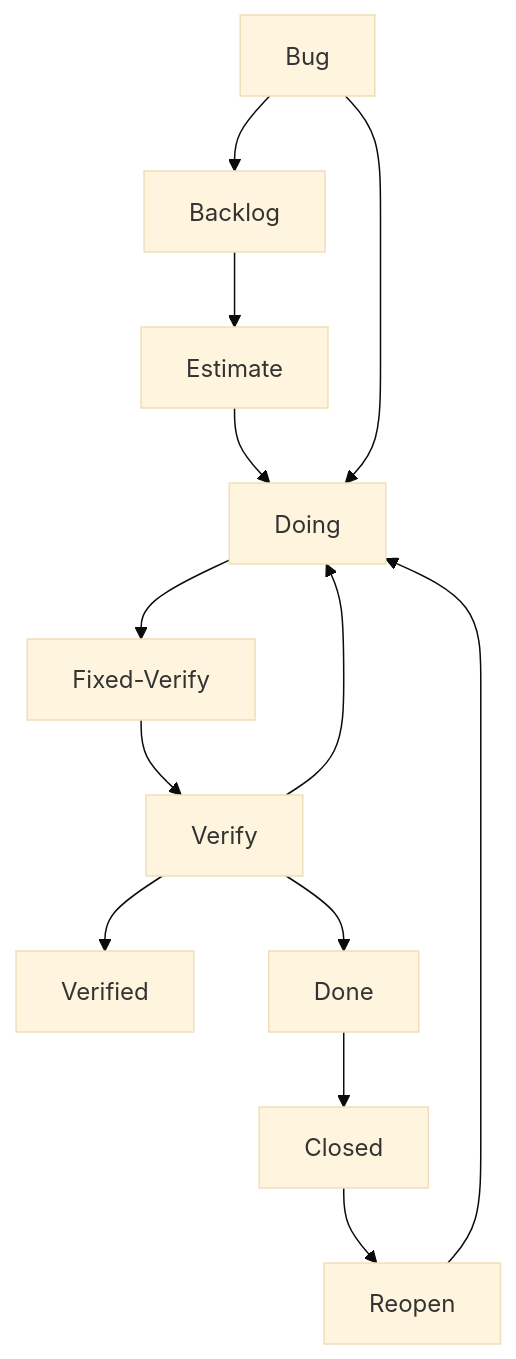
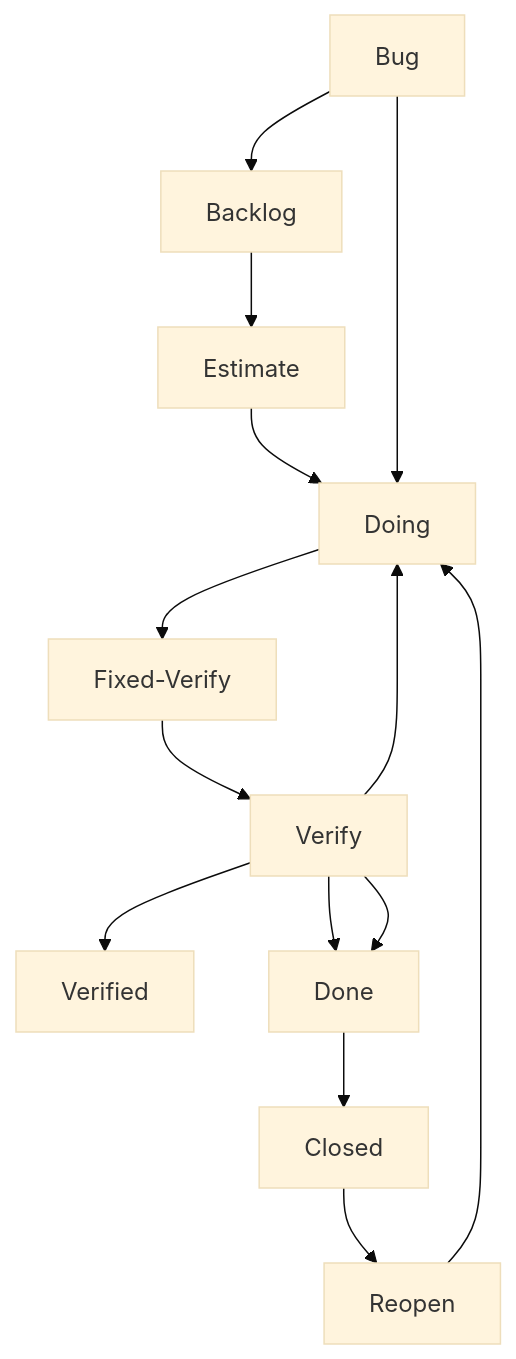
Before and after one commit to Betaoptics/ttos0100---2019-implementation: the second of 3 diagrams in .gitlab/labels-and-definitions.md, drawn with Mermaid (base theme).

````diff
--- a/.gitlab/labels-and-definitions.md
+++ b/.gitlab/labels-and-definitions.md
@@ -76,15 +76,16 @@
 ```mermaid
 graph TD;
     Bug-->Backlog;
     Backlog-->Estimate;
     Estimate-->Doing;
     Bug-->Doing;
     Doing-->Fixed-Verify;
     Verify-->Verified;
     Fixed-Verify-->Verify;
     Verify-->Doing;
     Verify-->Done;
     Done-->Closed;
+    Verify-->Done;
     Closed-->Reopen;
     Reopen-->Doing;
 ```
````
